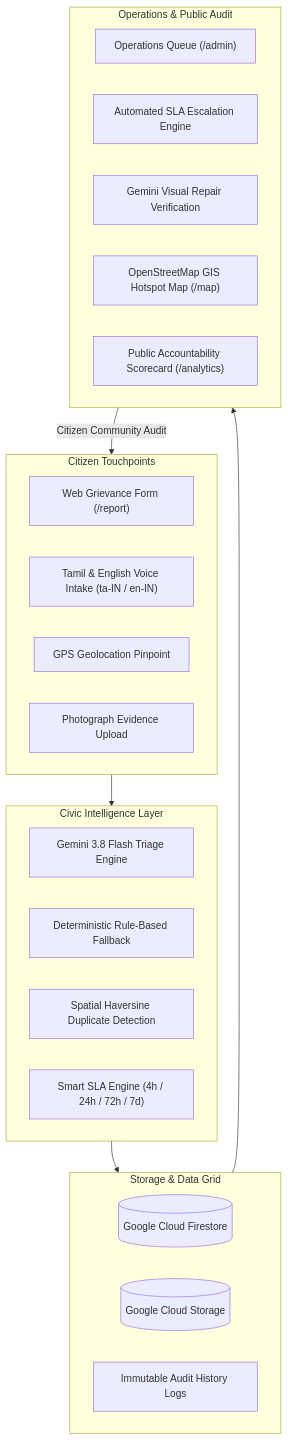
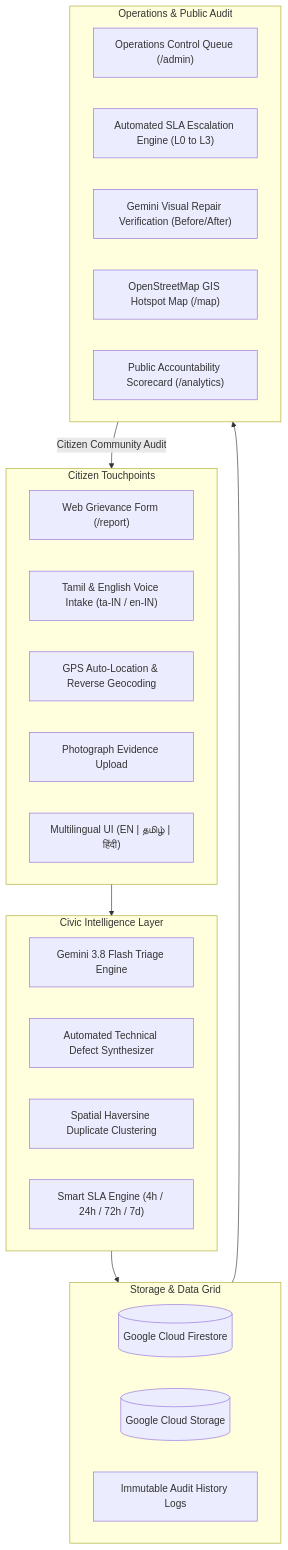
The diagram in README.md (soumithjv10-art/civic-resolve), drawn with Mermaid before and after one commit. The commit also changed other lines of this file, not shown here.

Commit message:
docs: comprehensive, well-structured README with system architecture and live Cloud Run link

````diff
--- a/README.md
+++ b/README.md
@@ -11,35 +29,36 @@
 ```mermaid
 flowchart TD
     subgraph Citizens["Citizen Touchpoints"]
         A1["Web Grievance Form (/report)"]
         A2["Tamil & English Voice Intake (ta-IN / en-IN)"]
-        A3["GPS Geolocation Pinpoint"]
+        A3["GPS Auto-Location & Reverse Geocoding"]
         A4["Photograph Evidence Upload"]
+        A5["Multilingual UI (EN | தமிழ் | हिंदी)"]
     end
 
     subgraph Intelligence["Civic Intelligence Layer"]
         B1["Gemini 3.8 Flash Triage Engine"]
-        B2["Deterministic Rule-Based Fallback"]
-        B3["Spatial Haversine Duplicate Detection"]
+        B2["Automated Technical Defect Synthesizer"]
+        B3["Spatial Haversine Duplicate Clustering"]
         B4["Smart SLA Engine (4h / 24h / 72h / 7d)"]
     end
 
     subgraph DataLayer["Storage & Data Grid"]
         C1[("Google Cloud Firestore")]
         C2[("Google Cloud Storage")]
         C3["Immutable Audit History Logs"]
     end
 
     subgraph Municipal["Operations & Public Audit"]
-        D1["Operations Queue (/admin)"]
-        D2["Automated SLA Escalation Engine"]
-        D3["Gemini Visual Repair Verification"]
+        D1["Operations Control Queue (/admin)"]
+        D2["Automated SLA Escalation Engine (L0 to L3)"]
+        D3["Gemini Visual Repair Verification (Before/After)"]
         D4["OpenStreetMap GIS Hotspot Map (/map)"]
         D5["Public Accountability Scorecard (/analytics)"]
     end
 
     Citizens --> Intelligence
     Intelligence --> DataLayer
     DataLayer --> Municipal
     Municipal -->|Citizen Community Audit| Citizens
 ```
````
